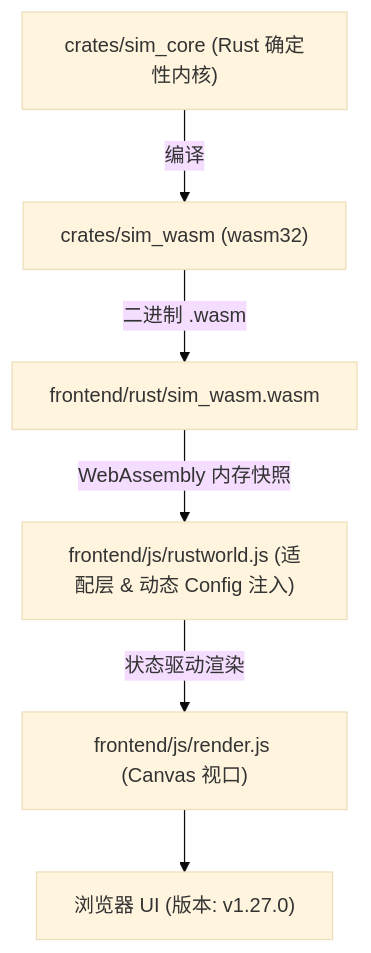
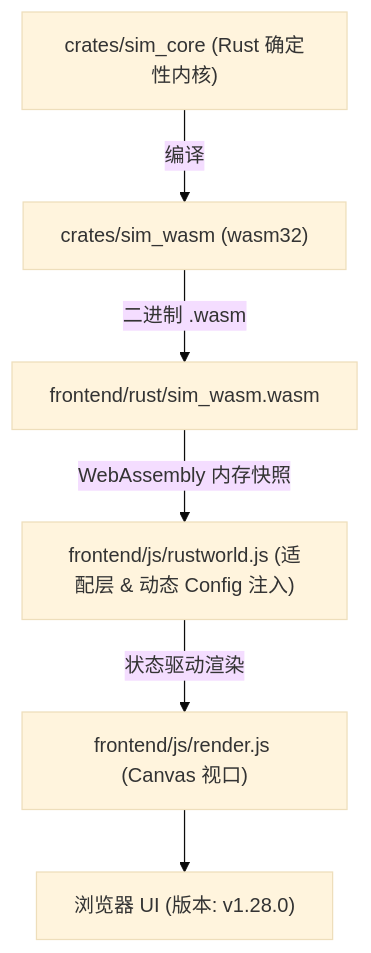
Before and after one commit to g39088902/FlowAndAccord: the diagram in AGENTS.md, drawn with Mermaid (base theme). The commit also changed other lines of this file and 21 other files, not shown here.

````diff
--- a/AGENTS.md
+++ b/AGENTS.md
@@ -51,8 +51,8 @@
 ```mermaid
 graph TD
     A["crates/sim_core (Rust 确定性内核)"] -->|编译| B["crates/sim_wasm (wasm32)"]
     B -->|二进制 .wasm| C["frontend/rust/sim_wasm.wasm"]
     C -->|WebAssembly 内存快照| D["frontend/js/rustworld.js (适配层 & 动态 Config 注入)"]
     D -->|状态驱动渲染| E["frontend/js/render.js (Canvas 视口)"]
-    E --> F["浏览器 UI (版本: v1.27.0)"]
+    E --> F["浏览器 UI (版本: v1.28.0)"]
 ```
````
